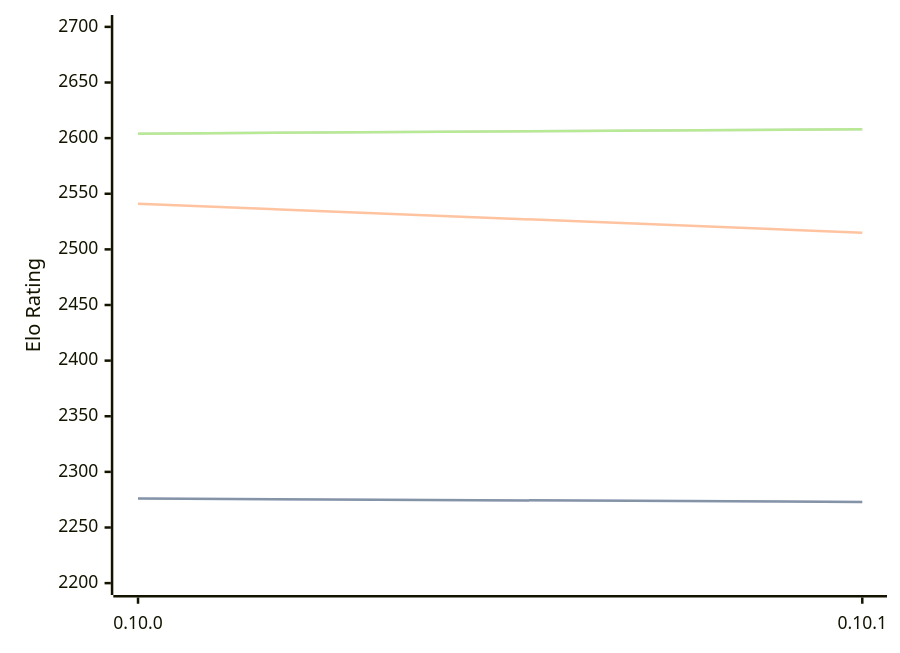
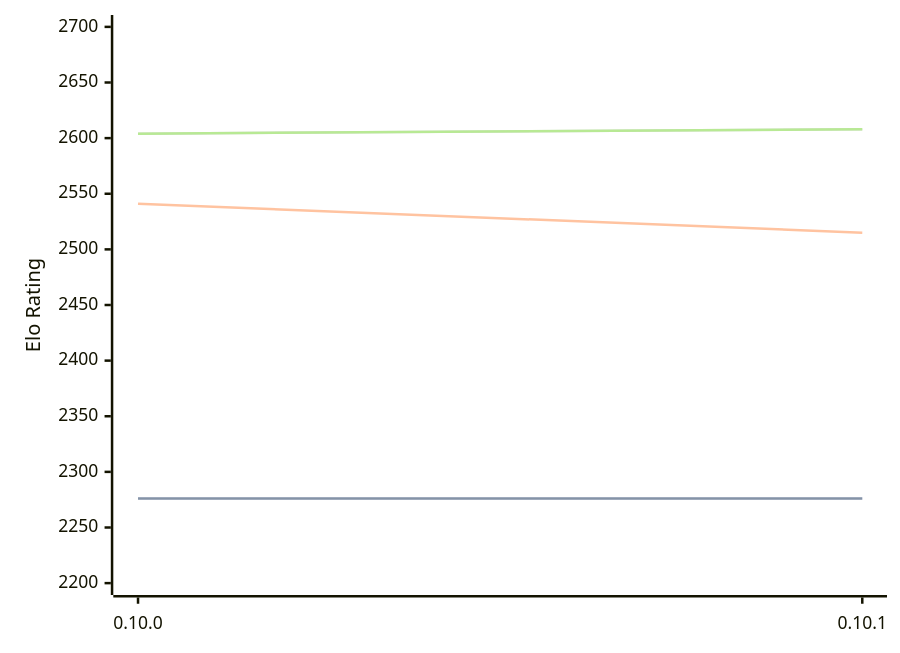
The diagram in engines/Fatalii.md (computer-chess-index/cci), drawn with Mermaid before and after one commit. The commit also changed other lines of this file, not shown here.

````diff
--- a/engines/Fatalii.md
+++ b/engines/Fatalii.md
@@ -32,11 +32,11 @@
 ```mermaid
 %%{init: {"theme":"base","themeVariables":{"seriesColors:['#a3a3a3','#222221','#faa371']}}}%%
 xychart-beta
   x-axis ["0.10.0", "0.10.1"]
   y-axis "Elo Rating" 2200 --> 2700
-  line "" [2276, 2273]
-  line "STC (8.0+0.08s)" [2276, 2273]
+  line "" [2276, 2276]
+  line "STC (8.0+0.08s)" [2276, 2276]
   line "LTC (60.0+0.60s)" [2541, 2515]
   line "" [2604, 2608]
   line "VLTC (2m24s+1.12s)" [2604, 2608]
 ```
````
